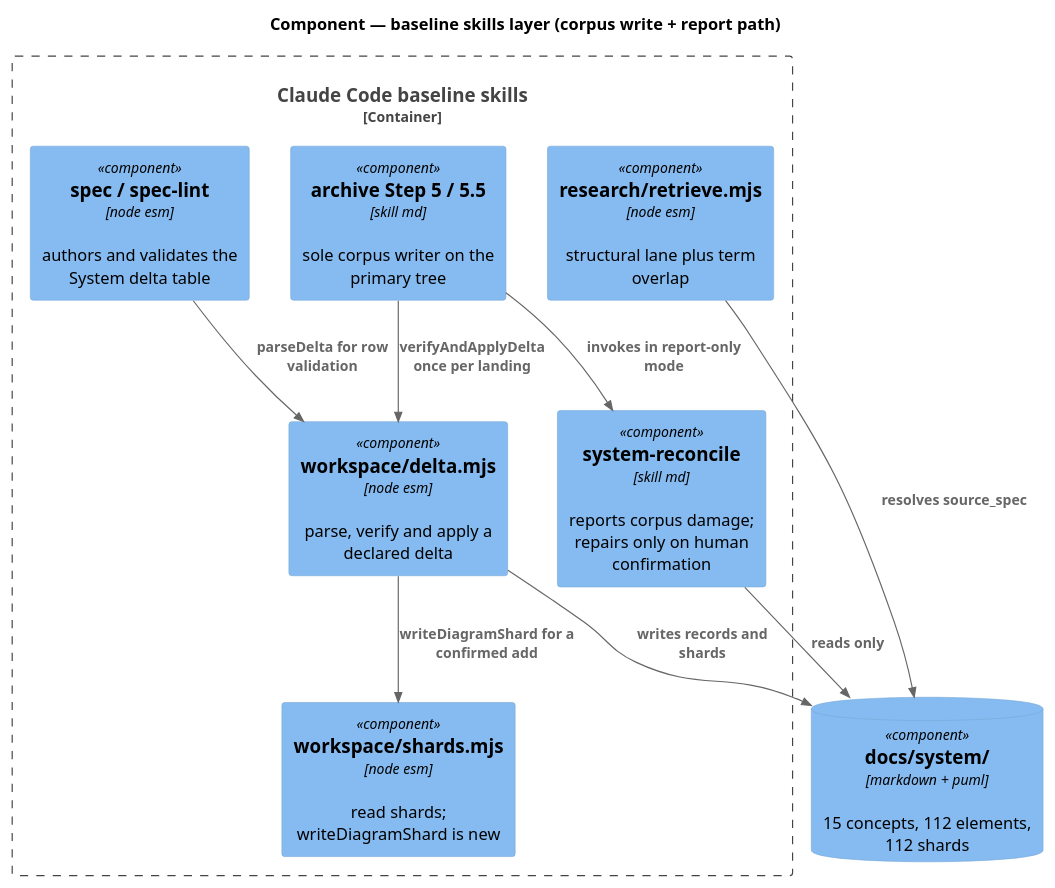
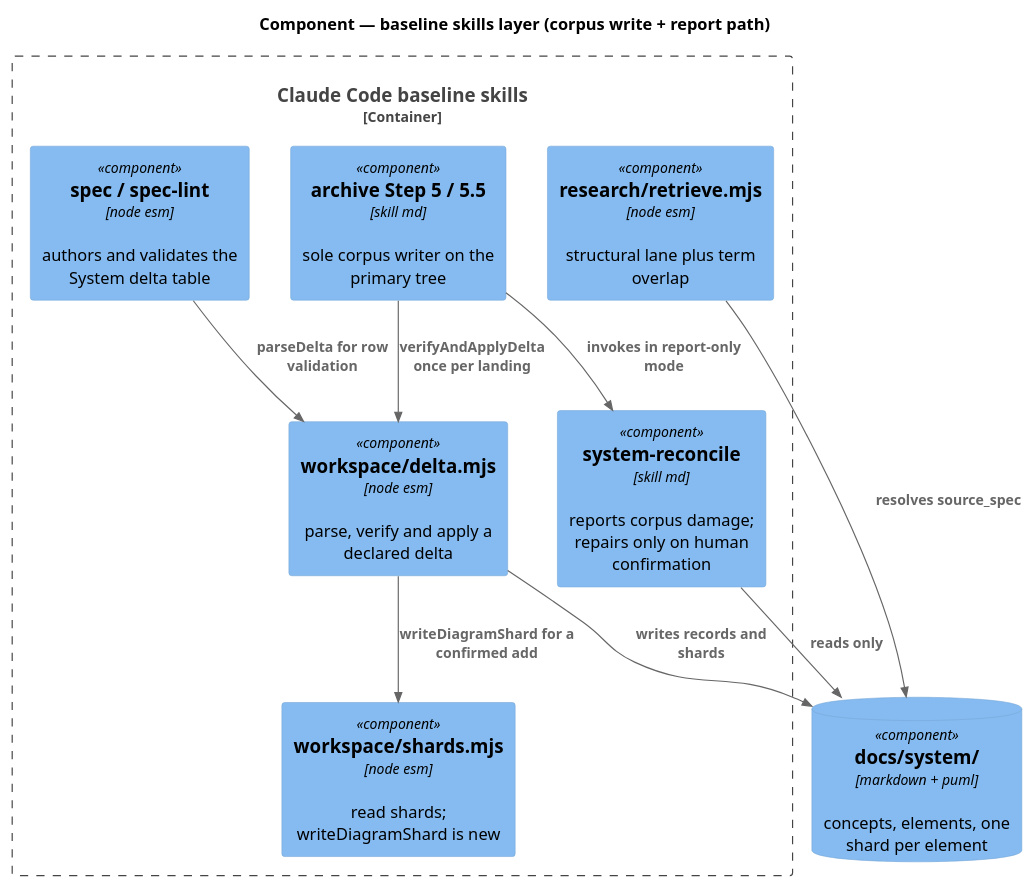
Before and after one commit to friedbotstudio/baseline: the first of 18 diagrams in docs/specs/system-spec-delta.md, drawn with PlantUML. The commit also changed other lines of this file and 13 other files, not shown here.

````diff
--- a/docs/specs/system-spec-delta.md
+++ b/docs/specs/system-spec-delta.md
@@ -52,24 +52,24 @@
 ```plantuml
 @startuml
 !include <C4/C4_Component>
 title Component — baseline skills layer (corpus write + report path)
 
 Container_Boundary(skills, "Claude Code baseline skills") {
   Component(specskill,  "spec / spec-lint",     "node esm", "authors and validates the System delta table")
   Component(archive,    "archive Step 5 / 5.5", "skill md",  "sole corpus writer on the primary tree")
   Component(reconcile,  "system-reconcile",     "skill md",  "reports corpus damage; repairs only on human confirmation")
   Component(delta,      "workspace/delta.mjs",  "node esm",  "parse, verify and apply a declared delta")
   Component(shards,     "workspace/shards.mjs", "node esm",  "read shards; writeDiagramShard is new")
   Component(research,   "research/retrieve.mjs","node esm",  "structural lane plus term overlap")
 }
-ComponentDb(corpus, "docs/system/", "markdown + puml", "15 concepts, 112 elements, 112 shards")
+ComponentDb(corpus, "docs/system/", "markdown + puml", "concepts, elements, one shard per element")
 
 Rel(specskill, delta, "parseDelta for row validation")
 Rel(archive, delta, "verifyAndApplyDelta once per landing")
 Rel(archive, reconcile, "invokes in report-only mode")
 Rel(delta, shards, "writeDiagramShard for a confirmed add")
 Rel(delta, corpus, "writes records and shards")
 Rel(reconcile, corpus, "reads only")
 Rel(research, corpus, "resolves source_spec")
 @enduml
 ```
````
